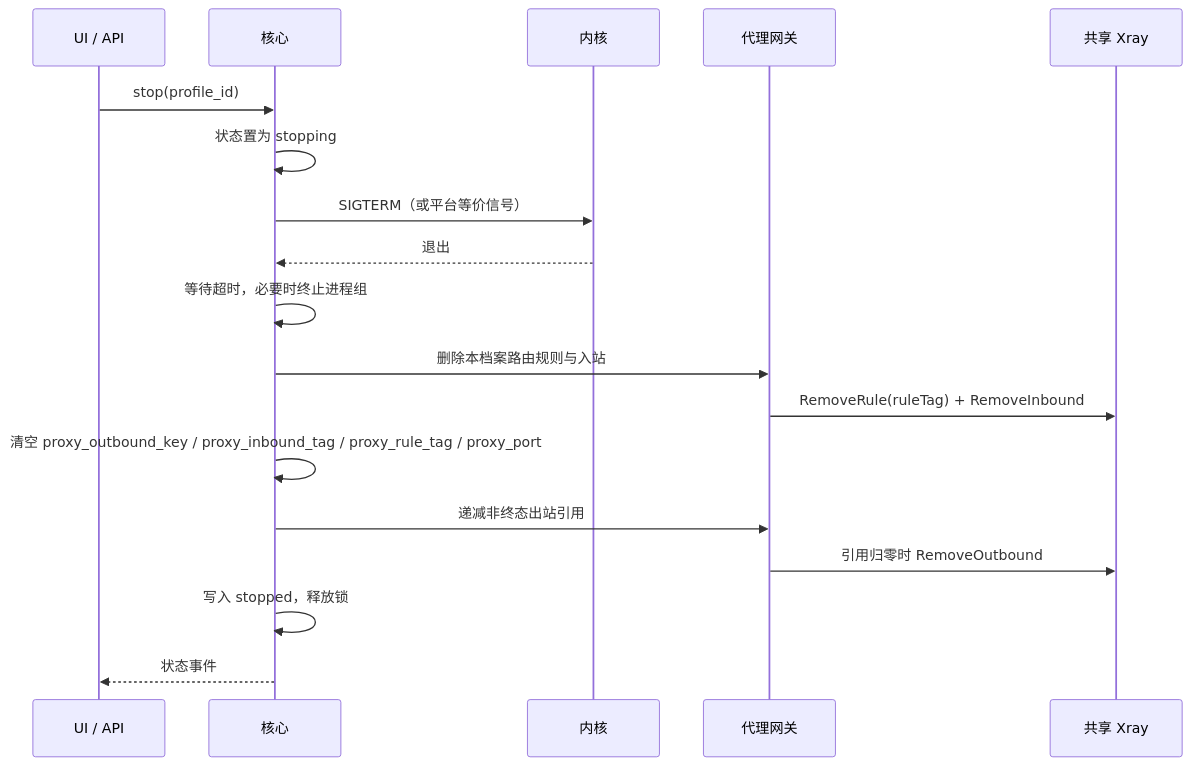
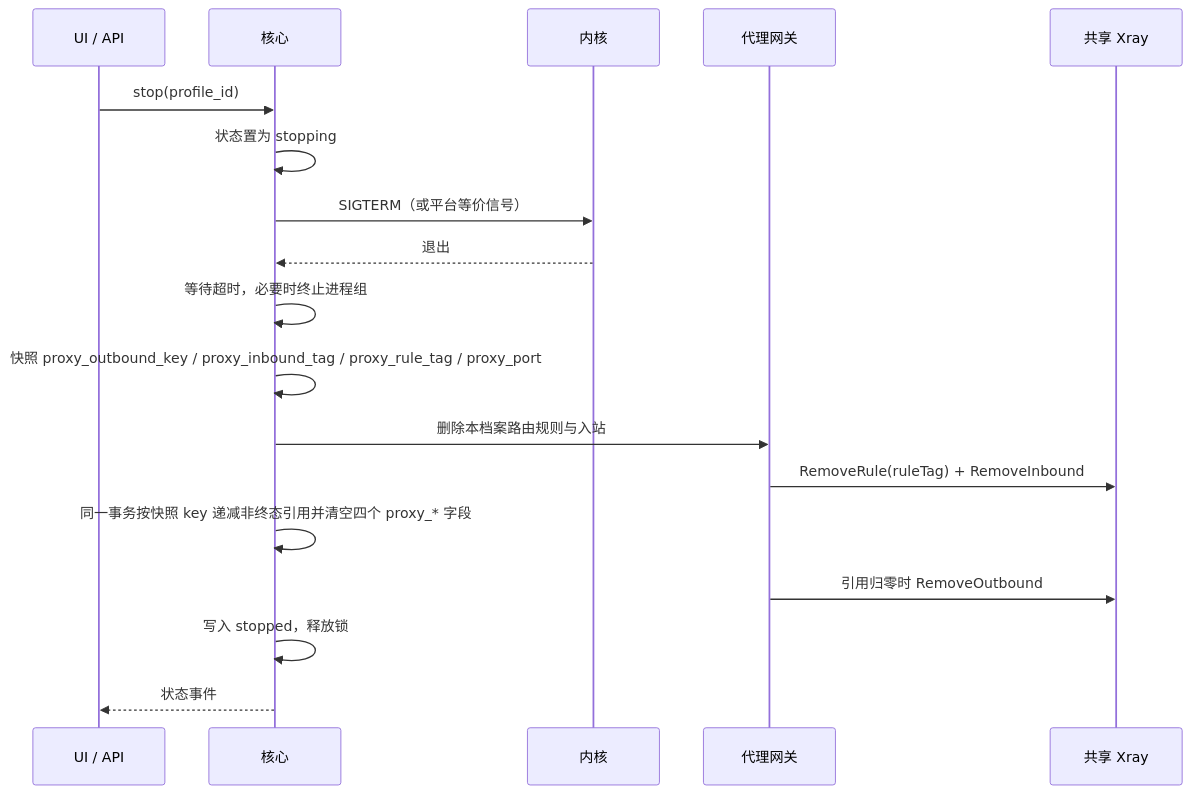
The sixth of 8 diagrams in docs/ARCHITECTURE.md (IvanLi-CN/mien), drawn with Mermaid before and after one commit. The commit also changed other lines of this file and 34 other files, not shown here.

````diff
--- a/docs/ARCHITECTURE.md
+++ b/docs/ARCHITECTURE.md
@@ -261,21 +261,21 @@
 ```mermaid
 sequenceDiagram
   participant UI as UI / API
   participant Core as 核心
   participant K as 内核
   participant GW as 代理网关
   participant PE as 共享 Xray
 
   UI->>Core: stop(profile_id)
   Core->>Core: 状态置为 stopping
   Core->>K: SIGTERM（或平台等价信号）
   K-->>Core: 退出
   Core->>Core: 等待超时，必要时终止进程组
+  Core->>Core: 快照 proxy_outbound_key / proxy_inbound_tag / proxy_rule_tag / proxy_port
   Core->>GW: 删除本档案路由规则与入站
   GW->>PE: RemoveRule(ruleTag) + RemoveInbound
-  Core->>Core: 清空 proxy_outbound_key / proxy_inbound_tag / proxy_rule_tag / proxy_port
-  Core->>GW: 递减非终态出站引用
+  Core->>Core: 同一事务按快照 key 递减非终态引用并清空四个 proxy_* 字段
   GW->>PE: 引用归零时 RemoveOutbound
   Core->>Core: 写入 stopped，释放锁
   Core-->>UI: 状态事件
 ```
````
